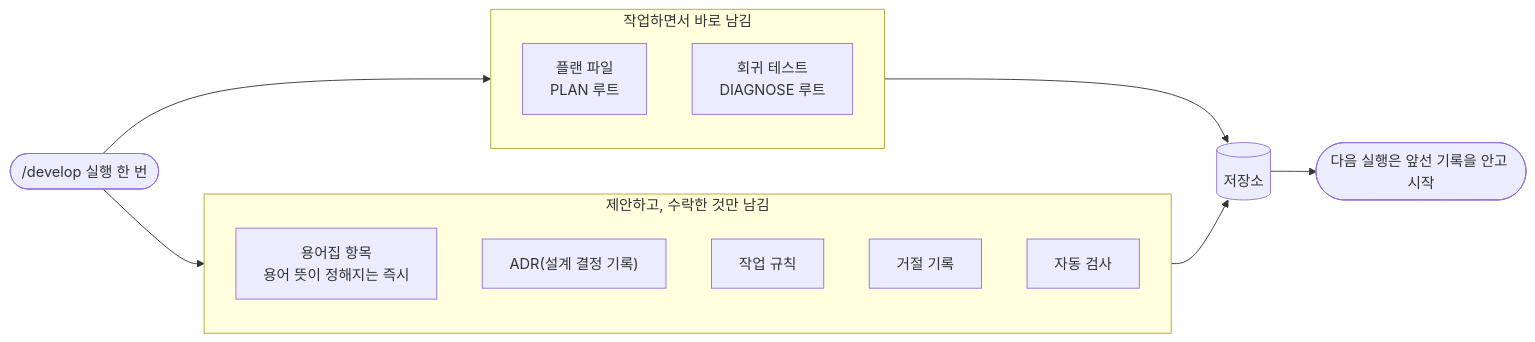
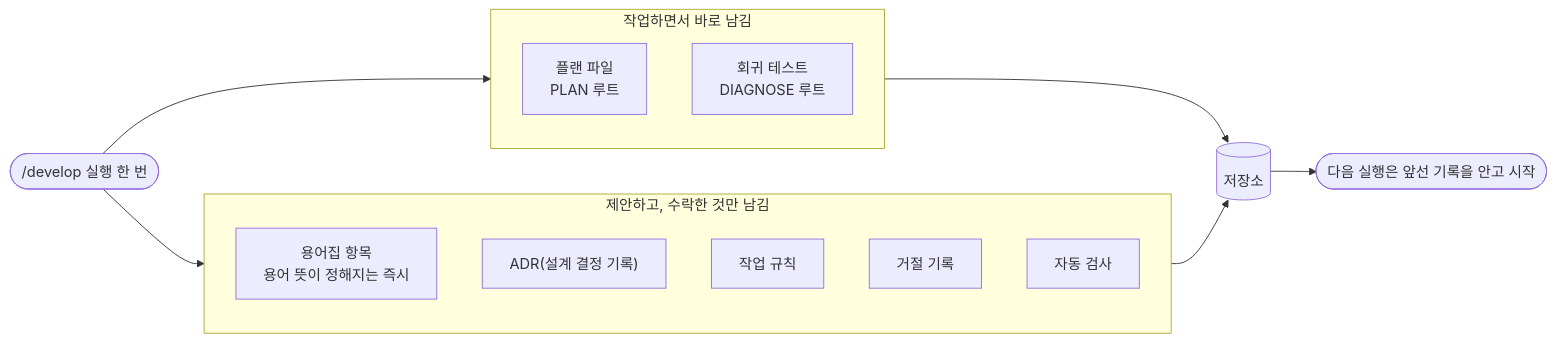
One commit to jameskyeong/jameskill changed the second of 3 diagrams in README.ko.md. Above: the diagram before and after it, drawn with Mermaid. The commit also changed other lines of this file and 1 other file, not shown here.

First line of the commit message:
docs: widen and restyle the README diagrams

````diff
--- a/README.ko.md
+++ b/README.ko.md
@@ -62,17 +63,18 @@
 ```mermaid
+%%{init: {"flowchart": {"wrappingWidth": 320}, "themeVariables": {"useGradient": true, "gradientStart": "#8b93ff", "gradientStop": "#4fc3b4"}, "themeCSS": ".node rect, .node polygon, .node path { fill: var(--bgColor-muted, #f6f8fa) !important; filter: drop-shadow(0 6px 16px rgba(99, 102, 241, 0.18)) !important; } .node rect { rx: 10px; ry: 10px; } .cluster rect { fill: var(--bgColor-default, #ffffff) !important; filter: none !important; rx: 14px; ry: 14px; } .cluster-label, .cluster-label span, .cluster-label p { color: var(--fgColor-muted, #59636e) !important; } .edgeLabel, .edgeLabel p, .edgeLabel span, .labelBkg { background-color: var(--bgColor-default, #ffffff) !important; color: var(--fgColor-muted, #59636e) !important; }"}}%%
 flowchart LR
     S(["/develop 실행 한 번"]) --> W & P
     subgraph W ["작업하면서 바로 남김"]
         W1["플랜 파일<br/>PLAN 루트"]
         W2["회귀 테스트<br/>DIAGNOSE 루트"]
     end
     subgraph P ["제안하고, 수락한 것만 남김"]
         P1["용어집 항목<br/>용어 뜻이 정해지는 즉시"]
         P2["ADR(설계 결정 기록)"]
         P3["작업 규칙"]
         P4["거절 기록"]
         P5["자동 검사"]
     end
     W & P --> R[("저장소")]
     R --> N(["다음 실행은 앞선 기록을 안고 시작"])
 ```
````
